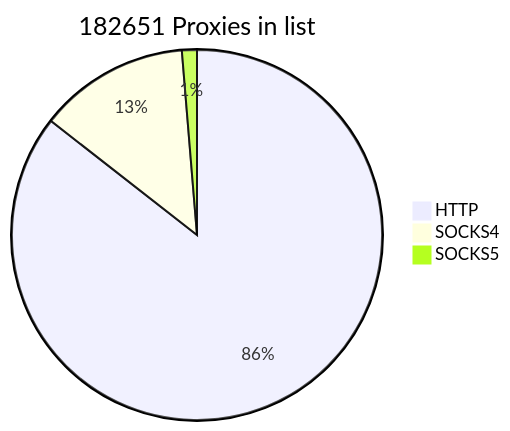
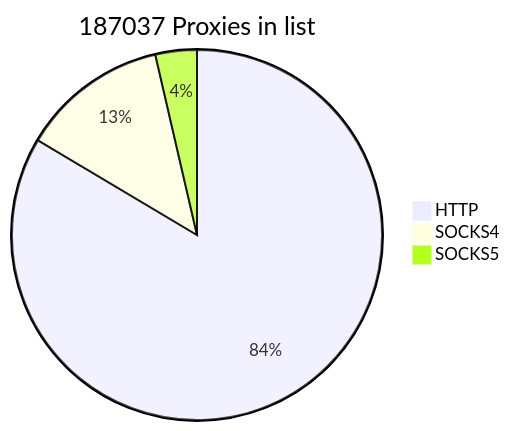
One commit to cutipu/proxylist changed the first of 2 diagrams in README.md. Above: the diagram before and after it, drawn with Mermaid. The commit also changed other lines of this file, not shown here.

````diff
--- a/README.md
+++ b/README.md
@@ -2,7 +2,7 @@
 ```mermaid
-pie title 182651 Proxies in list
+pie title 187037 Proxies in list
     "HTTP" : 156262
     "SOCKS4" : 24002
-    "SOCKS5" : 2387
+    "SOCKS5" : 6773
             
 ```
````
